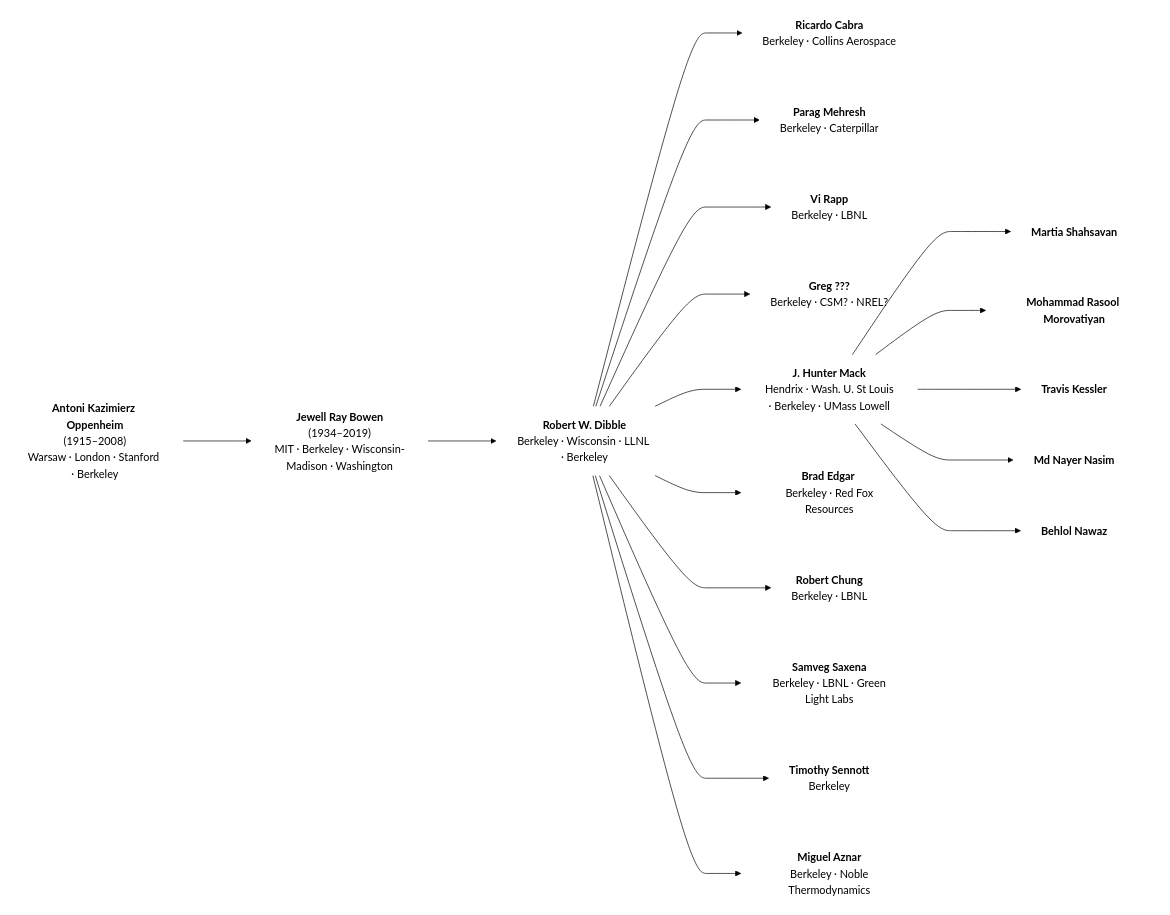
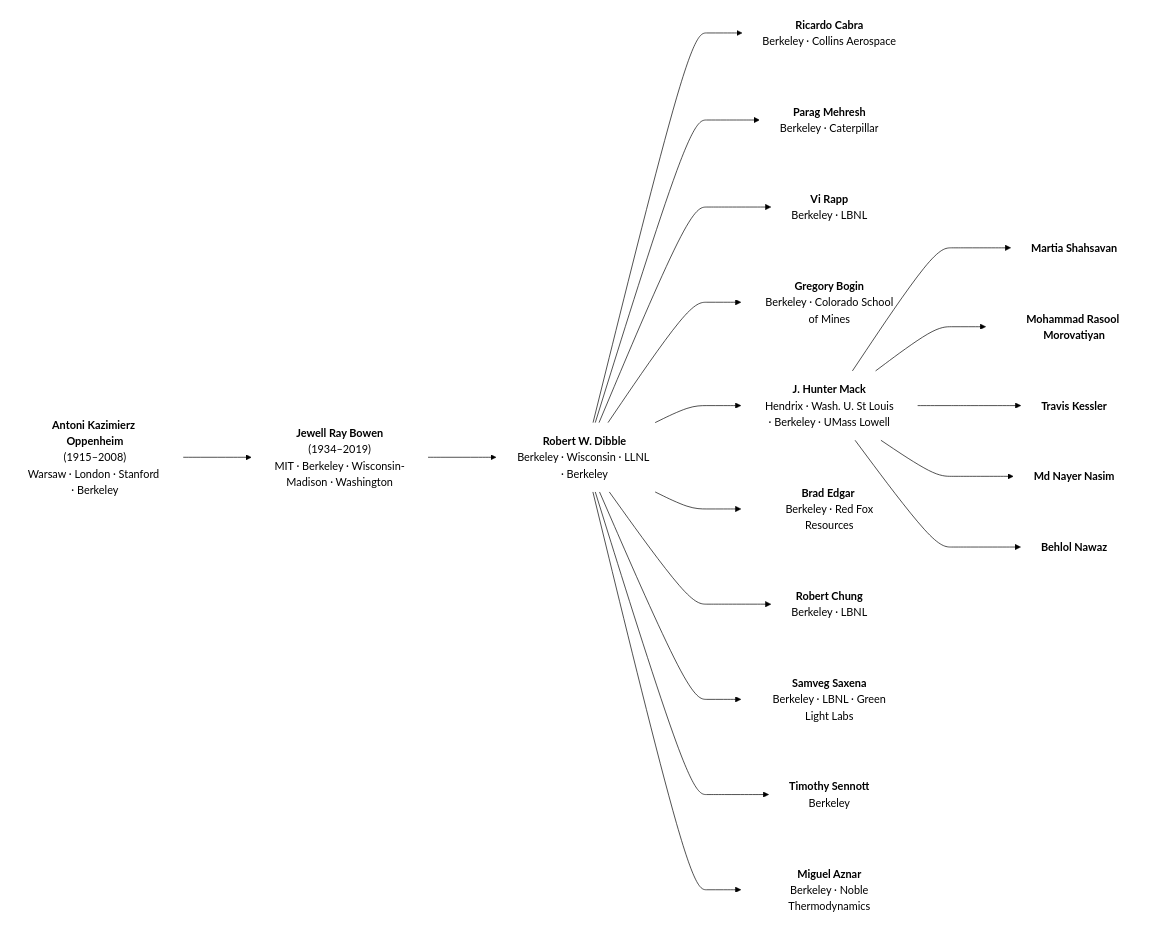
The diagram in acad_tree.md (bnawaz95/ECRL-acad-tree), drawn with Mermaid (forest theme) before and after one commit.

````diff
--- a/acad_tree.md
+++ b/acad_tree.md
@@ -1,48 +1,48 @@
 ```mermaid
 graph LR
     A["<b>Antoni Kazimierz Oppenheim</b><br/>(1915–2008)<br/>Warsaw · London · Stanford · Berkeley"]
 
     B["<b>Jewell Ray Bowen</b><br/>(1934–2019)<br/>MIT · Berkeley · Wisconsin-Madison · Washington"]
 
     C["<b>Robert W. Dibble</b><br/>Berkeley · Wisconsin · LLNL · Berkeley"]
 
     D1["<b>Ricardo Cabra</b><br/> Berkeley · Collins Aerospace"]
     D2["<b>Parag Mehresh</b><br/> Berkeley · Caterpillar"]
     D3["<b>Vi Rapp</b><br/> Berkeley · LBNL"]
-    D4["<b>Greg ???</b><br/> Berkeley · CSM? · NREL?"]
+    D4["<b>Gregory Bogin</b><br/> Berkeley · Colorado School of Mines"]
     D0["<b>J. Hunter Mack</b><br/> Hendrix · Wash. U. St Louis · Berkeley · UMass Lowell"]
     D5["<b>Brad Edgar </b><br/> Berkeley · Red Fox Resources"]
     D6["<b>Robert Chung</b><br/> Berkeley · LBNL"]
     D7["<b>Samveg Saxena</b><br/> Berkeley · LBNL · Green Light Labs"]
     D8["<b>Timothy Sennott</b><br/> Berkeley"]
     D9["<b>Miguel Aznar</b><br/> Berkeley · Noble Thermodynamics"]
 
     E["<b>Martia Shahsavan</b>"]
     F["<b>Mohammad Rasool Morovatiyan</b>"]
     G["<b>Travis Kessler</b>"]
     H["<b>Md Nayer Nasim</b>"]
     I["<b>Behlol Nawaz</b>"]
 
     A ---> B
     B ---> C
 
     C ---> D0
     C ---> D1
     C ---> D2
     C ---> D3
     C ---> D4
     C ---> D5
     C ---> D6
     C ---> D7
     C ---> D8
     C ---> D9
 
     D0 ---> E
     D0 ---> F
     D0 ---> G
     D0 ---> H
     D0 ---> I
 
 classDef noBorder stroke:none,stroke-width:0px,fill:None;
 class A,B,C,D0,D1,D2,D3,D4,D5,D6,D6,D7,D8,D9,E,F,G,H,I, noBorder
 ```
````
